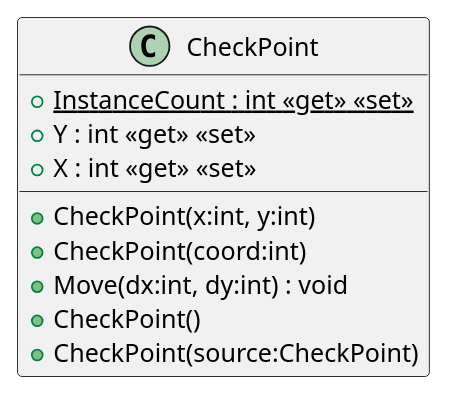
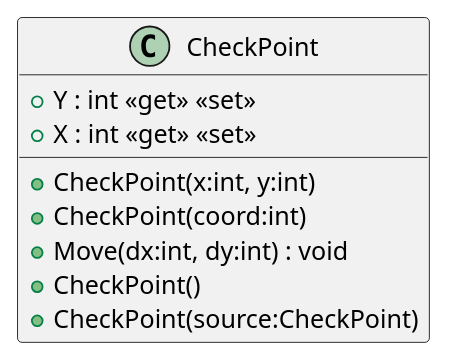
The diagram in plantuml/20240628_Lesson_Inheritance/Point.puml (19vano97/levelUpOOP), drawn with PlantUML before and after one commit. The commit also changed 27 other files, not shown here.

```diff
--- a/plantuml/20240628_Lesson_Inheritance/Point.puml
+++ b/plantuml/20240628_Lesson_Inheritance/Point.puml
@@ -1,12 +1,11 @@
 @startuml
 class CheckPoint {
-    + {static} InstanceCount : int <<get>> <<set>>
     + CheckPoint(x:int, y:int)
     + CheckPoint(coord:int)
     + Y : int <<get>> <<set>>
     + X : int <<get>> <<set>>
     + Move(dx:int, dy:int) : void
     + CheckPoint()
     + CheckPoint(source:CheckPoint)
 }
 @enduml
```
